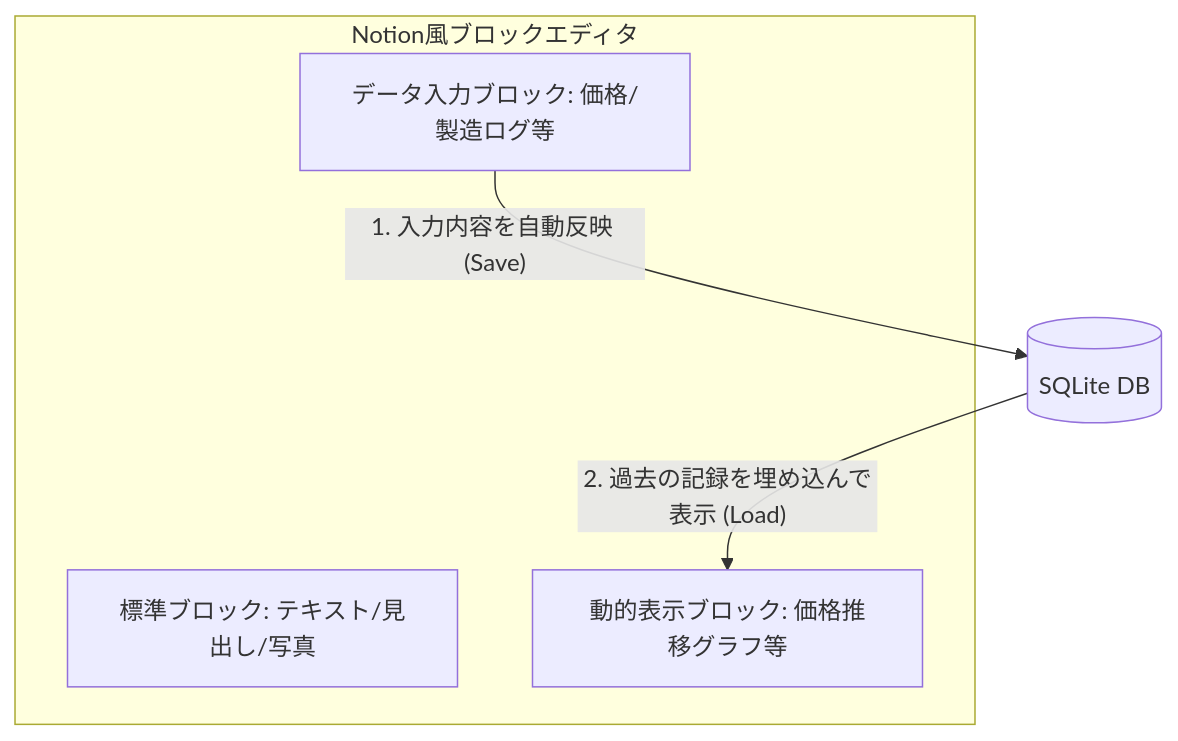
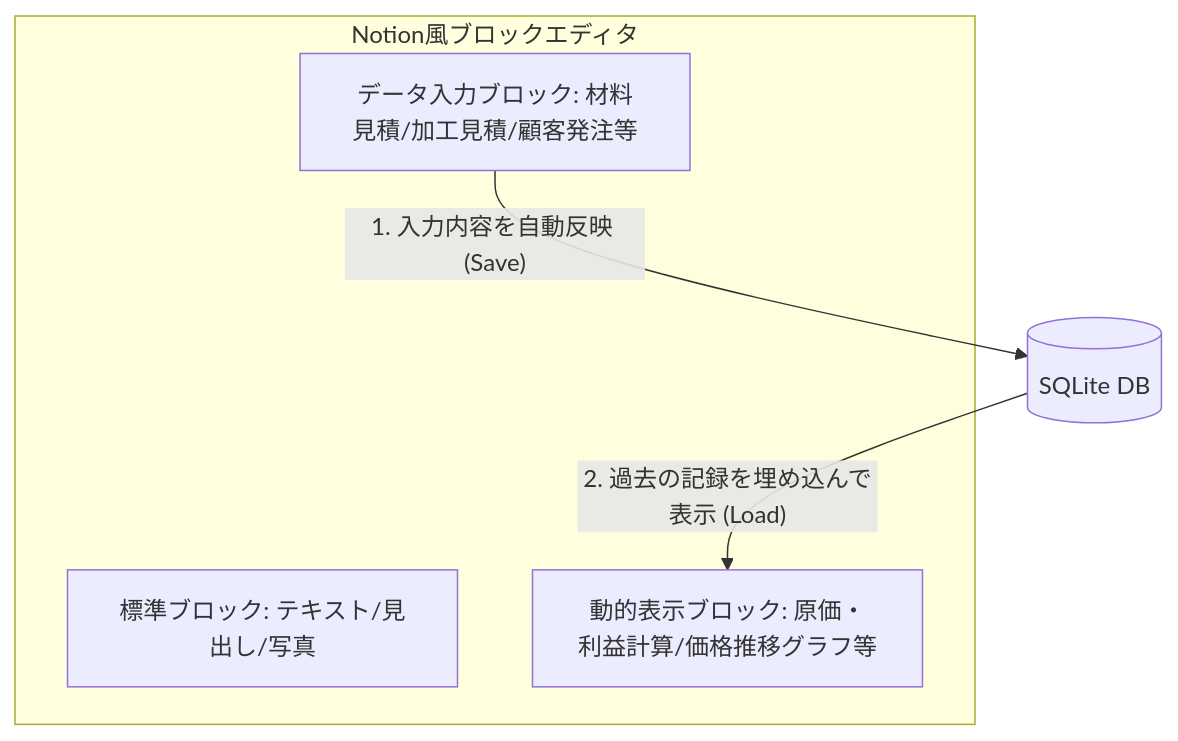
Before and after one commit to wordring/w-cms: the diagram in docs/concept.md, drawn with Mermaid. The commit also changed other lines of this file, not shown here.

````diff
--- a/docs/concept.md
+++ b/docs/concept.md
@@ -11,11 +11,11 @@
 ```mermaid
 graph TD
     subgraph BlockEditor [Notion風ブロックエディタ]
         B1[標準ブロック: テキスト/見出し/写真]
-        B2[データ入力ブロック: 価格/製造ログ等]
-        B3[動的表示ブロック: 価格推移グラフ等]
+        B2[データ入力ブロック: 材料見積/加工見積/顧客発注等]
+        B3[動的表示ブロック: 原価・利益計算/価格推移グラフ等]
     end
 
     B2 -- 1. 入力内容を自動反映 (Save) --> DB[(SQLite DB)]
     DB -- 2. 過去の記録を埋め込んで表示 (Load) --> B3
 ```
````
